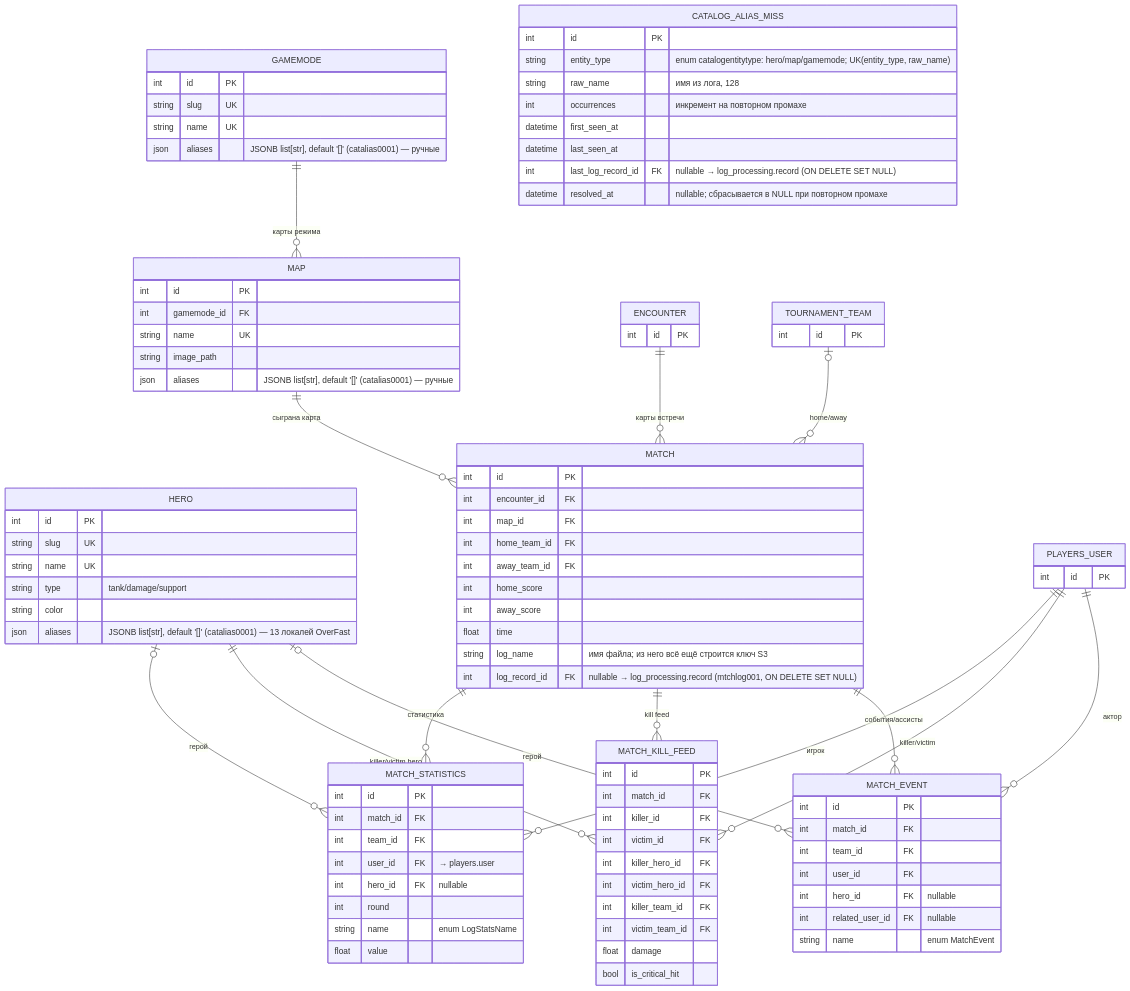
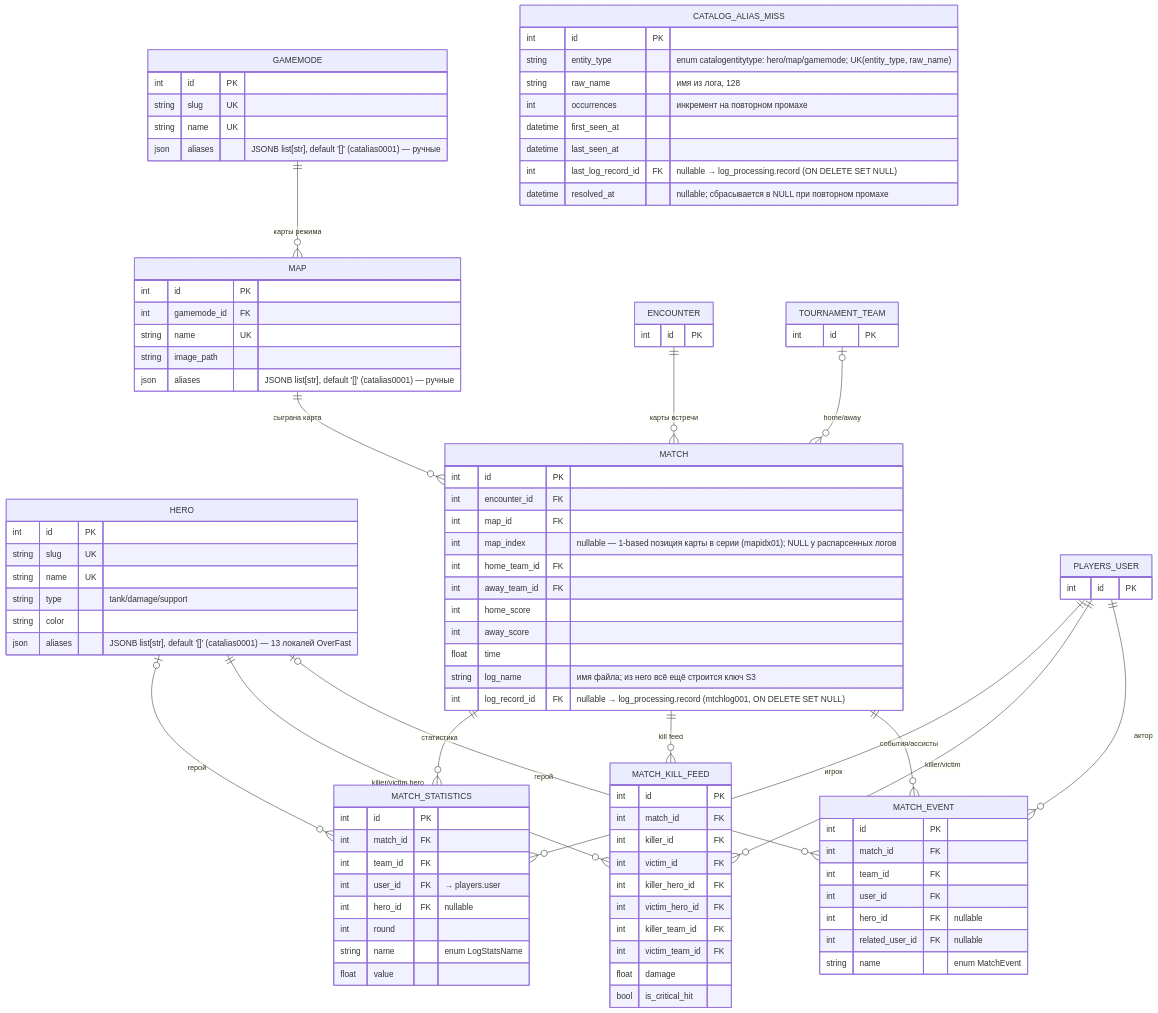
One commit to CraazzzyyFoxx/anak-tournaments changed the seventh of 14 diagrams in docs/database_erd.md. Above: the diagram before and after it, drawn with Mermaid. The commit also changed 18 other files, not shown here.

```diff
--- a/docs/database_erd.md
+++ b/docs/database_erd.md
@@ -737,6 +737,7 @@
         int id PK
         int encounter_id FK
         int map_id FK
+        int map_index "nullable — 1-based позиция карты в серии (mapidx01); NULL у распарсенных логов"
         int home_team_id FK
         int away_team_id FK
         int home_score
```
